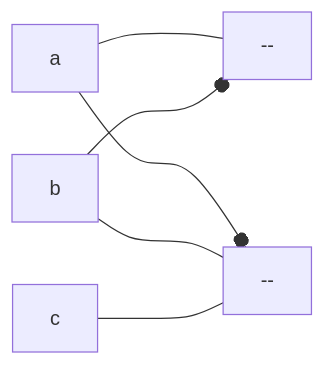
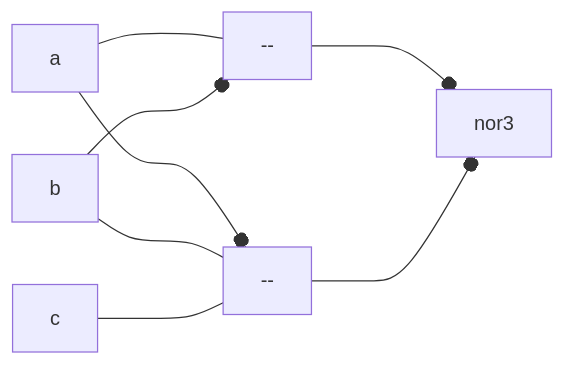
One commit to tnichols217/notes changed the diagram in CSDS 281 - Logic Design/HW/4.md. Above: the diagram before and after it, drawn with Mermaid.

Commit message:
vault backup: 2024-02-22 22:52:14

````diff
--- a/CSDS 281 - Logic Design/HW/4.md
+++ b/CSDS 281 - Logic Design/HW/4.md
@@ -83,8 +83,8 @@
 ```mermaid
 flowchart LR
 a ---- nor1[--]
 b ---o nor1
 a ---o nor2[--]
 b & c ---- nor2
-nor1
+nor1 & nor2 ---o nor3
 ```
````
